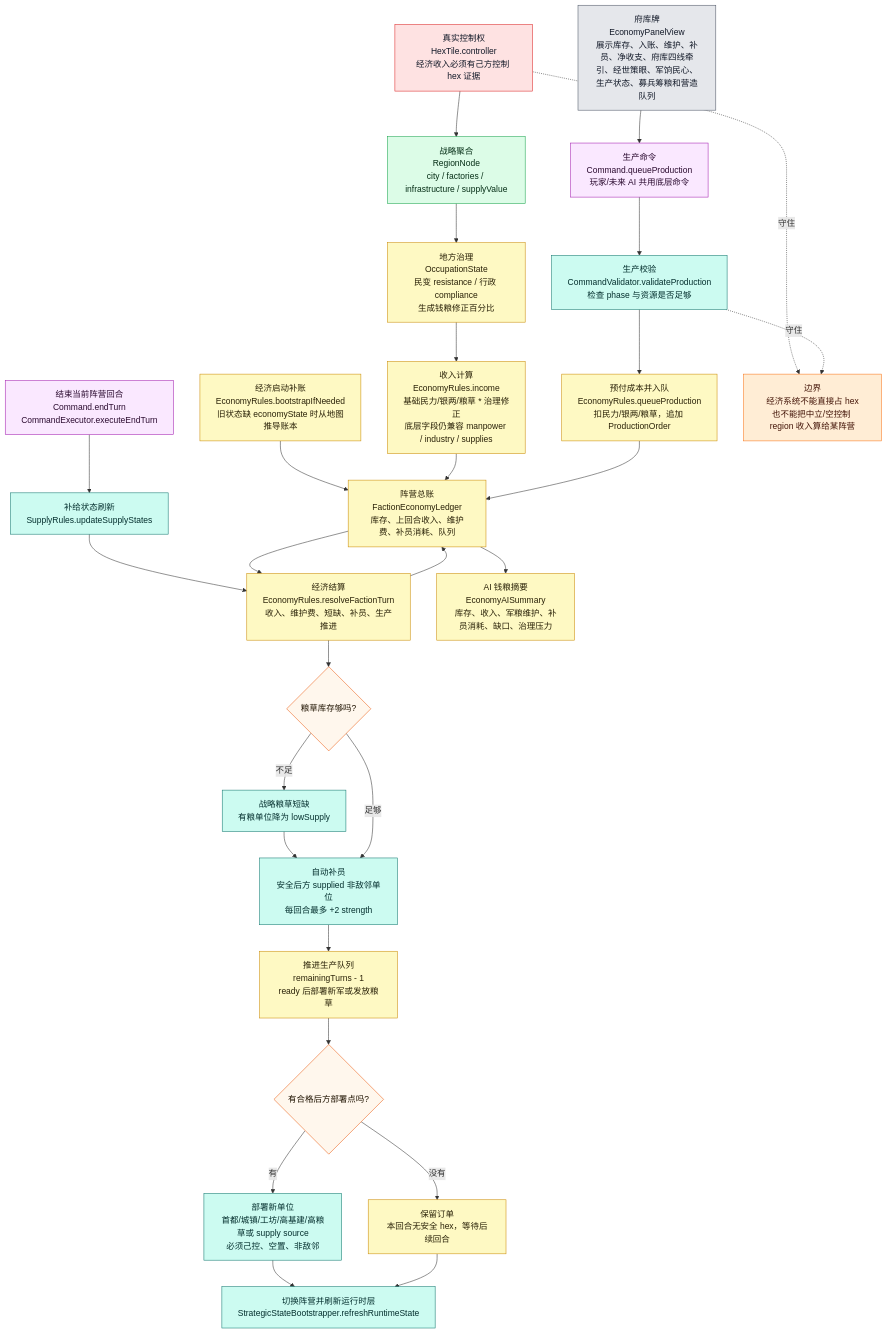
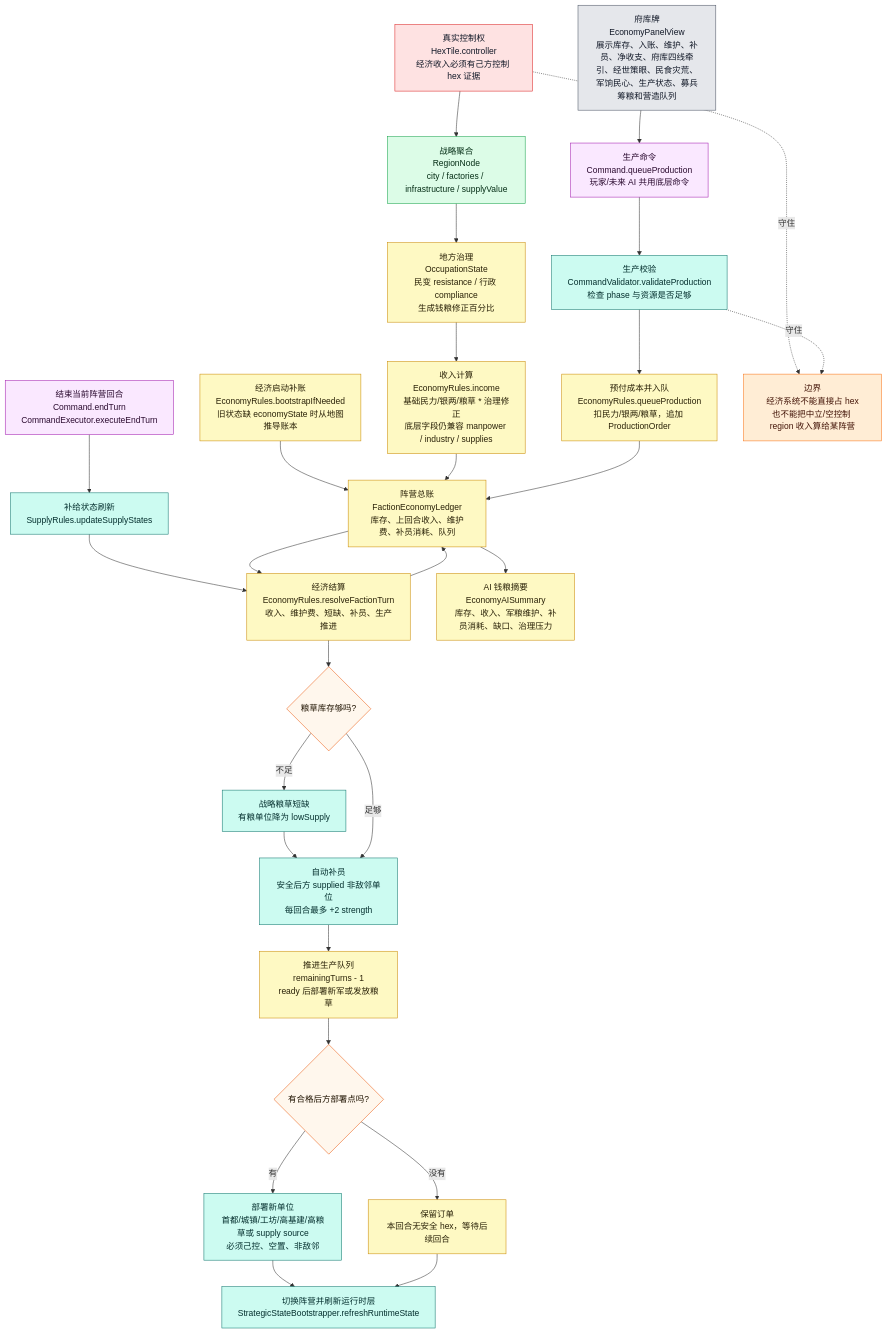
One commit to Altman-sam114/123 changed the fourth of 9 diagrams in md/flow/flowchart.md. Above: the diagram before and after it, drawn with Mermaid. The commit also changed other lines of this file and 6 other files, not shown here.

````diff
--- a/md/flow/flowchart.md
+++ b/md/flow/flowchart.md
@@ -285,54 +285,54 @@
 ```mermaid
 flowchart TD
     BOOT["经济启动补账<br/>EconomyRules.bootstrapIfNeeded<br/>旧状态缺 economyState 时从地图推导账本"]:::economy
     HEX["真实控制权<br/>HexTile.controller<br/>经济收入必须有己方控制 hex 证据"]:::authority
     REGION["战略聚合<br/>RegionNode<br/>city / factories / infrastructure / supplyValue"]:::derived
     GOV["地方治理<br/>OccupationState<br/>民变 resistance / 行政 compliance<br/>生成钱粮修正百分比"]:::economy
     INCOME["收入计算<br/>EconomyRules.income<br/>基础民力/银两/粮草 * 治理修正<br/>底层字段仍兼容 manpower / industry / supplies"]:::economy
     LEDGER["阵营总账<br/>FactionEconomyLedger<br/>库存、上回合收入、维护费、补员消耗、队列"]:::economy
 
-    UI["府库牌<br/>EconomyPanelView<br/>展示库存、入账、维护、补员、净收支、府库四线牵引、经世策眼、军饷民心、生产状态、募兵筹粮和营造队列"]:::ui
+    UI["府库牌<br/>EconomyPanelView<br/>展示库存、入账、维护、补员、净收支、府库四线牵引、经世策眼、民食灾荒、军饷民心、生产状态、募兵筹粮和营造队列"]:::ui
     QUEUE["生产命令<br/>Command.queueProduction<br/>玩家/未来 AI 共用底层命令"]:::command
     VALIDATE["生产校验<br/>CommandValidator.validateProduction<br/>检查 phase 与资源是否足够"]:::rules
     PAY["预付成本并入队<br/>EconomyRules.queueProduction<br/>扣民力/银两/粮草，追加 ProductionOrder"]:::economy
 
     END["结束当前阵营回合<br/>Command.endTurn<br/>CommandExecutor.executeEndTurn"]:::command
     SUPPLY["补给状态刷新<br/>SupplyRules.updateSupplyStates"]:::rules
     RESOLVE["经济结算<br/>EconomyRules.resolveFactionTurn<br/>收入、维护费、短缺、补员、生产推进"]:::economy
     SHORT{"粮草库存够吗?"}:::decision
     LOW["战略粮草短缺<br/>有粮单位降为 lowSupply"]:::rules
     REINF["自动补员<br/>安全后方 supplied 非敌邻单位<br/>每回合最多 +2 strength"]:::rules
     PROD["推进生产队列<br/>remainingTurns - 1<br/>ready 后部署新军或发放粮草"]:::economy
     DEPLOY{"有合格后方部署点吗?"}:::decision
     SPAWN["部署新单位<br/>首都/城镇/工坊/高基建/高粮草或 supply source<br/>必须己控、空置、非敌邻"]:::rules
     WAIT["保留订单<br/>本回合无安全 hex，等待后续回合"]:::economy
     NEXT["切换阵营并刷新运行时层<br/>StrategicStateBootstrapper.refreshRuntimeState"]:::rules
 
     BOOT --> LEDGER
     HEX --> REGION --> GOV --> INCOME --> LEDGER
     UI --> QUEUE --> VALIDATE --> PAY --> LEDGER
     END --> SUPPLY --> RESOLVE
     LEDGER --> RESOLVE
     RESOLVE --> SHORT
     SHORT -->|不足| LOW --> REINF
     SHORT -->|足够| REINF
     REINF --> PROD --> DEPLOY
     DEPLOY -->|有| SPAWN --> NEXT
     DEPLOY -->|没有| WAIT --> NEXT
     RESOLVE --> LEDGER
 
     LEDGER --> AISUM["AI 钱粮摘要<br/>EconomyAISummary<br/>库存、收入、军粮维护、补员消耗、缺口、治理压力"]:::economy
 
     WARN["边界<br/>经济系统不能直接占 hex<br/>也不能把中立/空控制 region 收入算给某阵营"]:::warn
     HEX -.守住.-> WARN
     VALIDATE -.守住.-> WARN
 
     classDef authority fill:#fee2e2,stroke:#dc2626,color:#111827
     classDef derived fill:#dcfce7,stroke:#16a34a,color:#052e16
     classDef economy fill:#fef9c3,stroke:#ca8a04,color:#292107
     classDef command fill:#fae8ff,stroke:#a21caf,color:#2a0a2f
     classDef rules fill:#ccfbf1,stroke:#0f766e,color:#042f2e
     classDef decision fill:#fff7ed,stroke:#ea580c,color:#1f1300
     classDef ui fill:#e5e7eb,stroke:#4b5563,color:#111827
     classDef warn fill:#ffedd5,stroke:#f97316,color:#431407
 ```
````
